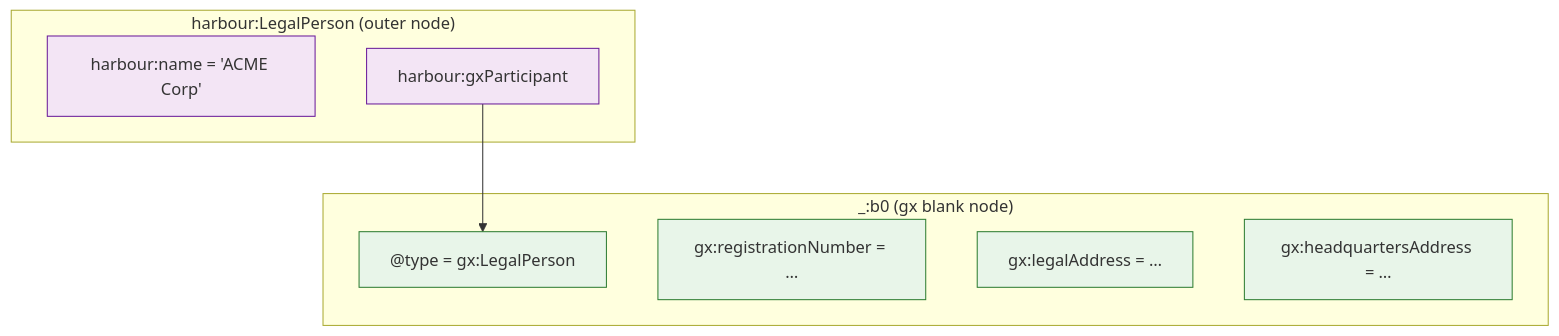
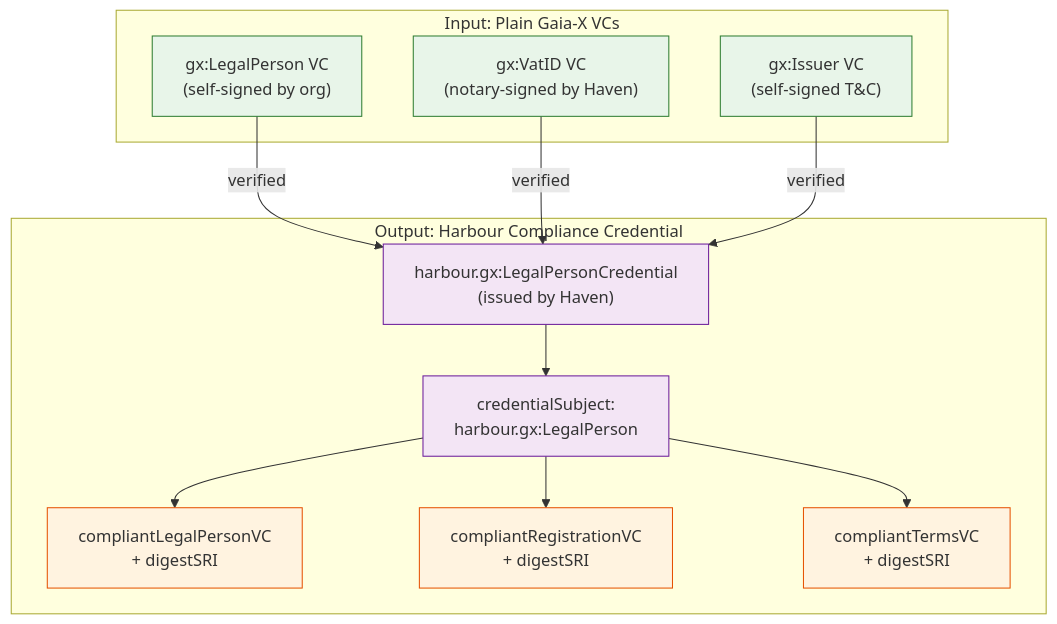
The fifth of 8 diagrams in docs/schema/credential-model.md (reachhaven/harbour-credentials), drawn with Mermaid before and after one commit. The commit also changed other lines of this file and 48 other files, not shown here.

First line of the commit message:
feat(linkml): Gaia-X compliance model, delegation schema, spec references

````diff
--- a/docs/schema/credential-model.md
+++ b/docs/schema/credential-model.md
@@ -184,23 +228,31 @@
 ```mermaid
 graph TD
-    subgraph "harbour:LegalPerson (outer node)"
-        A["harbour:name = 'ACME Corp'"]
-        B["harbour:gxParticipant"]
+    subgraph "Input: Plain Gaia-X VCs"
+        A["gx:LegalPerson VC<br/>(self-signed by org)"]
+        B["gx:VatID VC<br/>(notary-signed by Haven)"]
+        C["gx:Issuer VC<br/>(self-signed T&C)"]
     end
 
-    subgraph "_:b0 (gx blank node)"
-        C["@type = gx:LegalPerson"]
-        D["gx:registrationNumber = …"]
-        E["gx:legalAddress = …"]
-        F["gx:headquartersAddress = …"]
+    subgraph "Output: Harbour Compliance Credential"
+        D["harbour.gx:LegalPersonCredential<br/>(issued by Haven)"]
+        E["credentialSubject:<br/>harbour.gx:LegalPerson"]
+        F["compliantLegalPersonVC<br/>+ digestSRI"]
+        G["compliantRegistrationVC<br/>+ digestSRI"]
+        H["compliantTermsVC<br/>+ digestSRI"]
     end
 
-    B --> C
+    A -->|verified| D
+    B -->|verified| D
+    C -->|verified| D
+    D --> E
+    E --> F & G & H
 
-    style A fill:#f3e5f5,stroke:#6a1b9a
-    style B fill:#f3e5f5,stroke:#6a1b9a
+    style A fill:#e8f5e9,stroke:#2e7d32
+    style B fill:#e8f5e9,stroke:#2e7d32
     style C fill:#e8f5e9,stroke:#2e7d32
-    style D fill:#e8f5e9,stroke:#2e7d32
-    style E fill:#e8f5e9,stroke:#2e7d32
-    style F fill:#e8f5e9,stroke:#2e7d32
+    style D fill:#f3e5f5,stroke:#6a1b9a
+    style E fill:#f3e5f5,stroke:#6a1b9a
+    style F fill:#fff3e0,stroke:#e65100
+    style G fill:#fff3e0,stroke:#e65100
+    style H fill:#fff3e0,stroke:#e65100
 ```
````
